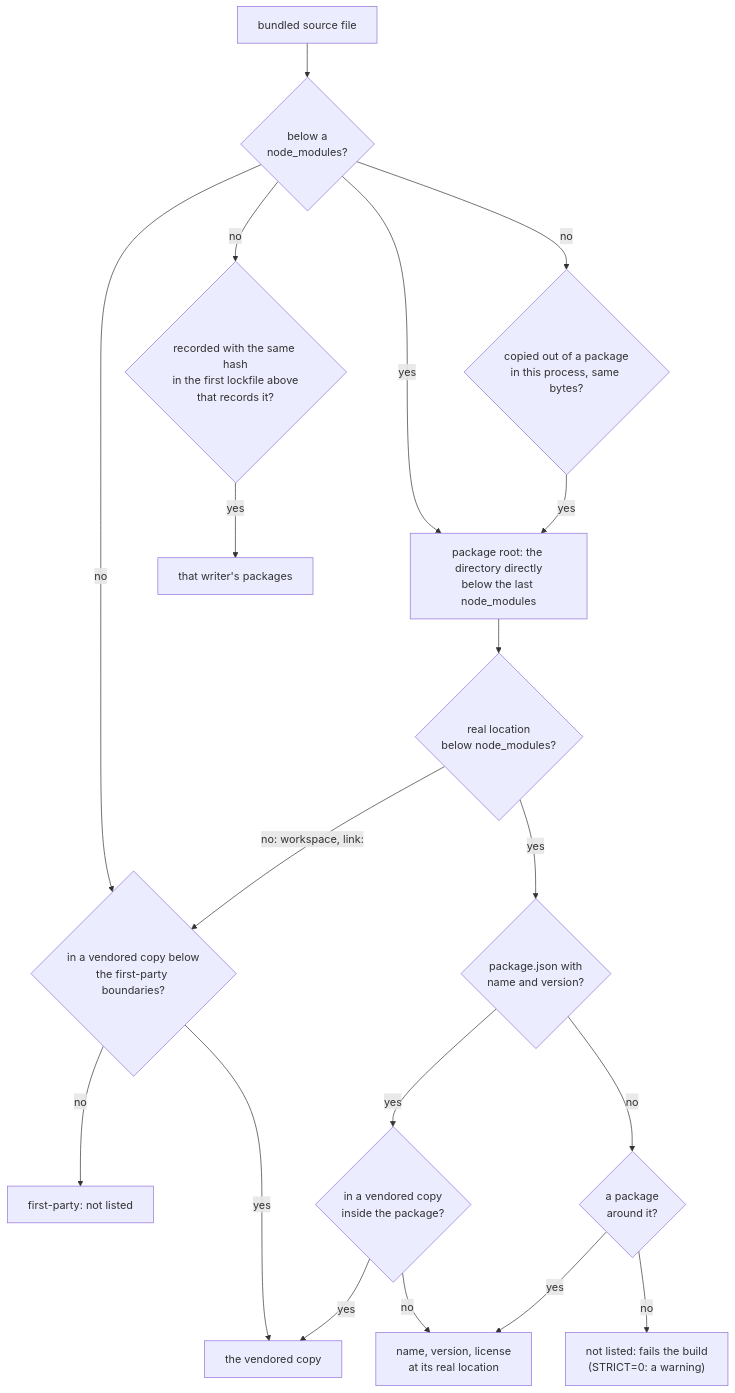
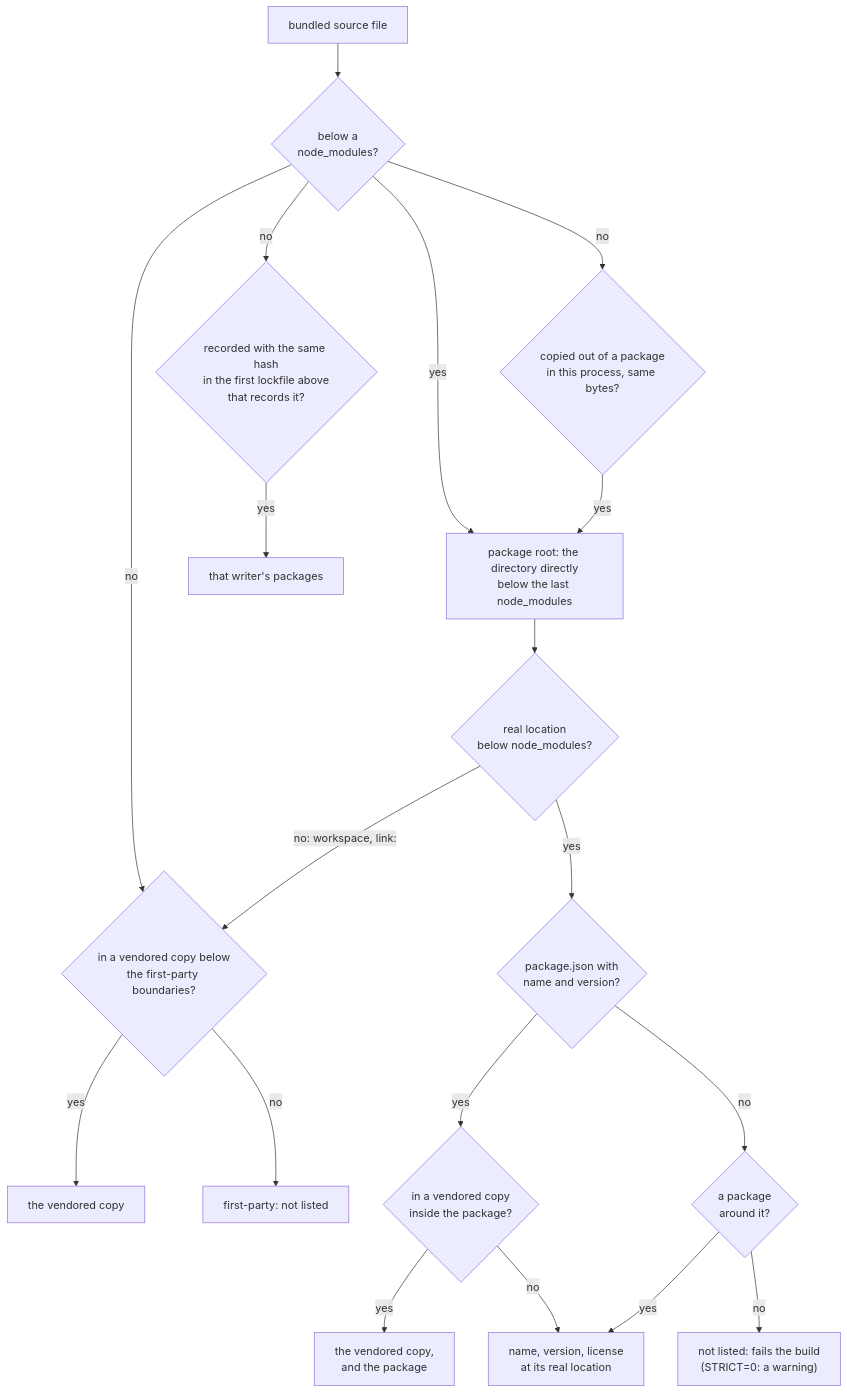
Before and after one commit to toabctl/bundle-lockfile: the fourth of 5 diagrams in docs/internals.md, drawn with Mermaid. The commit also changed other lines of this file and 10 other files, not shown here.

````diff
--- a/docs/internals.md
+++ b/docs/internals.md
@@ -98,22 +98,22 @@
 ```mermaid
 flowchart TD
   file["bundled source file"] --> nm{"below a<br/>node_modules?"}
   nm -- yes --> root["package root: the directory directly<br/>below the last node_modules"]
   nm -- no --> copy{"copied out of a package<br/>in this process, same bytes?"}
   nm -- no --> nested{"recorded with the same hash<br/>in the first lockfile above<br/>that records it?"}
   copy -- yes --> root
   nested -- yes --> theirs["that writer's packages"]
   nm -- no --> vend{"in a vendored copy below<br/>the first-party boundaries?"}
   vend -- yes --> copyof["the vendored copy"]
   vend -- no --> first
   root --> real{"real location<br/>below node_modules?"}
   real -- "no: workspace, link:" --> vend
   real -- yes --> pj{"package.json with<br/>name and version?"}
   pj -- yes --> inner{"in a vendored copy<br/>inside the package?"}
-  inner -- yes --> copyof
+  inner -- yes --> both["the vendored copy,<br/>and the package"]
   inner -- no --> pkg["name, version, license<br/>at its real location"]
   pj -- no --> around{"a package<br/>around it?"}
   around -- yes --> pkg
   around -- no --> warn["not listed: fails the build<br/>(STRICT=0: a warning)"]
   first["first-party: not listed"]
 ```
````
